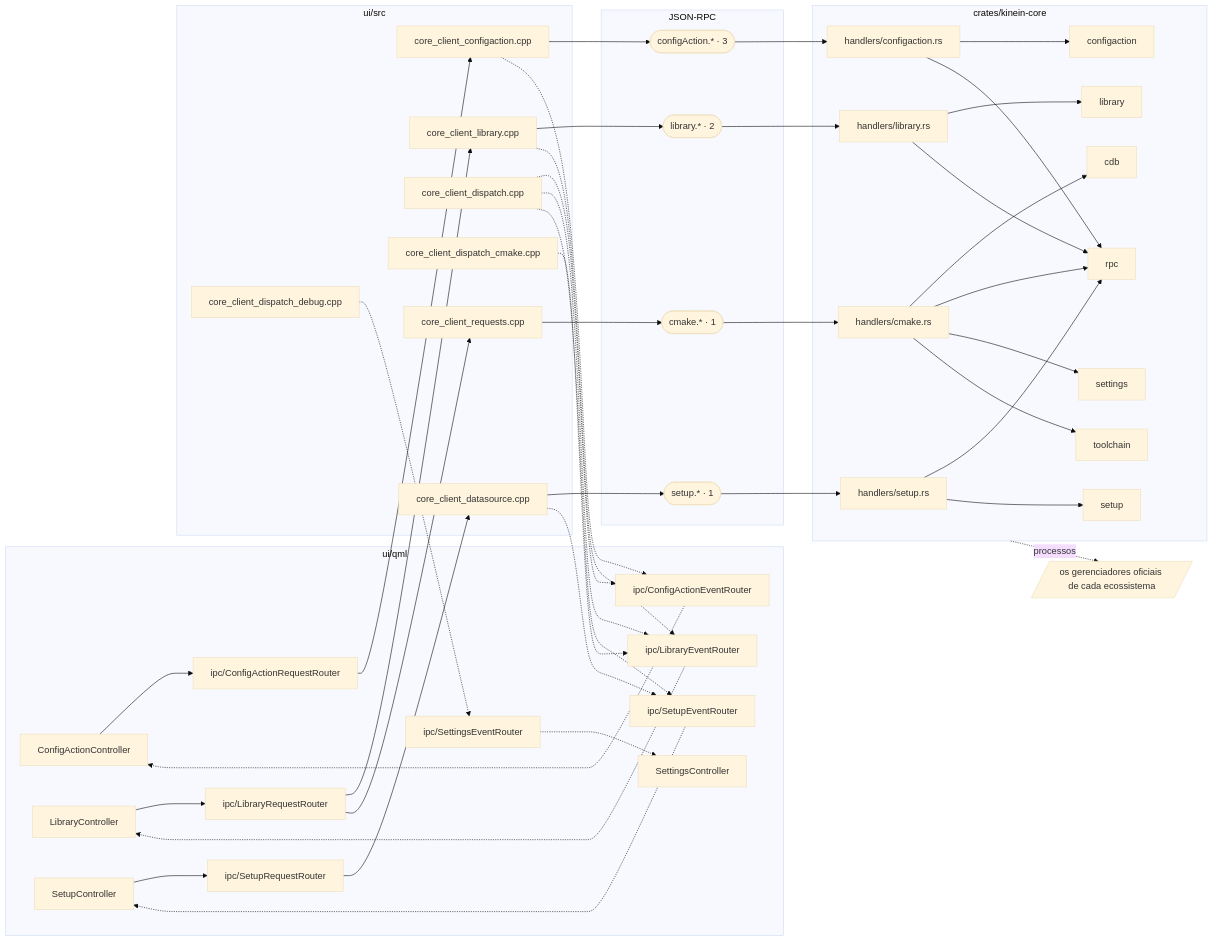
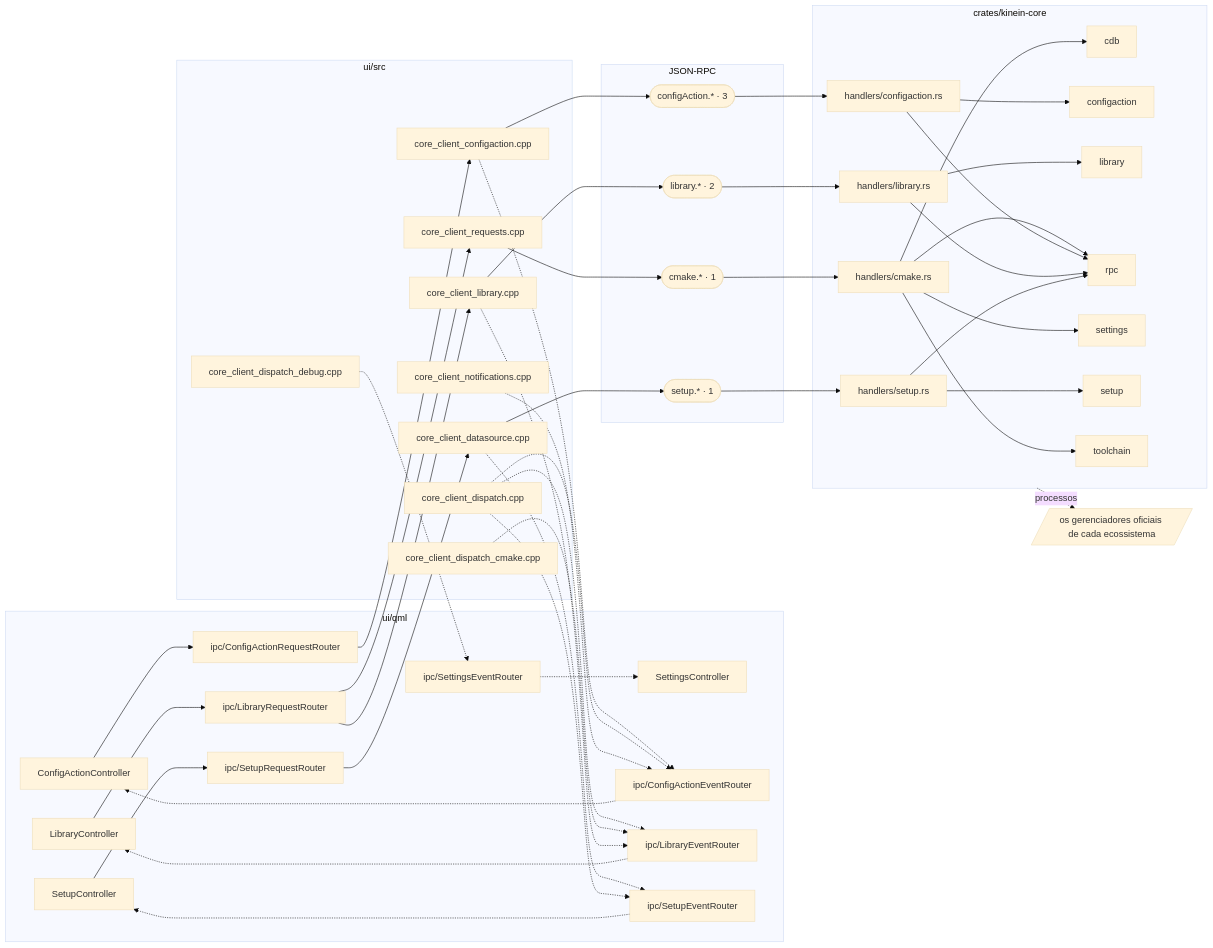
Before and after one commit to ViktorWalde/KineinVectis: diagram 16 of 16 in DocsPublic/arquitetura/01-mapa-de-modulos.md, drawn with Mermaid (base theme). The commit also changed other lines of this file and 42 other files, not shown here.

```diff
--- a/DocsPublic/arquitetura/01-mapa-de-modulos.md
+++ b/DocsPublic/arquitetura/01-mapa-de-modulos.md
@@ -1418,6 +1418,7 @@
     n_ui_src_core_client_dispatch_cmake_cpp["core_client_dispatch_cmake.cpp"]
     n_ui_src_core_client_dispatch_debug_cpp["core_client_dispatch_debug.cpp"]
     n_ui_src_core_client_library_cpp["core_client_library.cpp"]
+    n_ui_src_core_client_notifications_cpp["core_client_notifications.cpp"]
     n_ui_src_core_client_requests_cpp["core_client_requests.cpp"]
   end
   subgraph IPC["JSON-RPC"]
@@ -1462,6 +1463,7 @@
   n_ui_src_core_client_dispatch_debug_cpp -.-> n_ui_qml_ipc_SettingsEventRouter_qml
   n_ui_src_core_client_library_cpp --> n_ipc_library
   n_ui_src_core_client_library_cpp -.-> n_ui_qml_ipc_LibraryEventRouter_qml
+  n_ui_src_core_client_notifications_cpp -.-> n_ui_qml_ipc_ConfigActionEventRouter_qml
   n_ui_src_core_client_requests_cpp --> n_ipc_cmake
   n_ipc_cmake --> n_crates_kinein_core_src_handlers_cmake_rs
   n_crates_kinein_core_src_handlers_cmake_rs --> n_core_cdb
```
